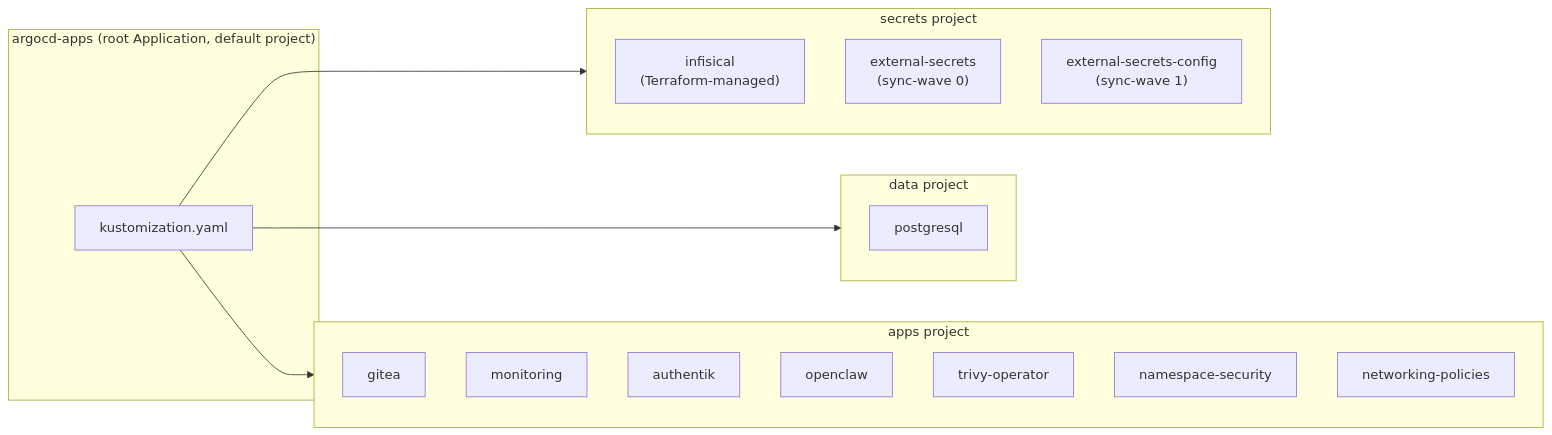
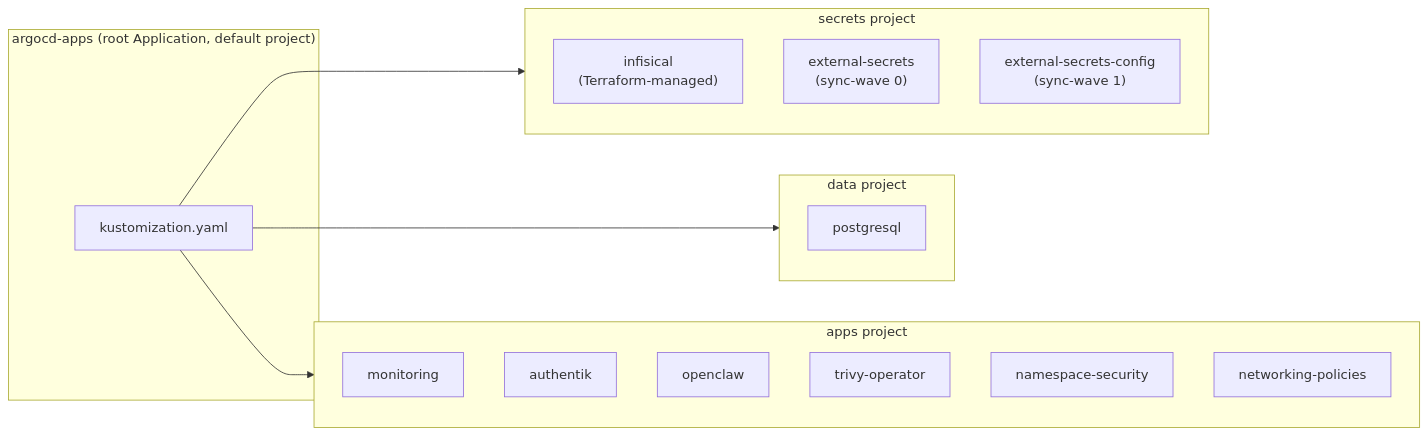
The second of 2 diagrams in k8s/apps/argocd/README.md (haingth77/homelab), drawn with Mermaid before and after one commit. The commit also changed other lines of this file and 11 other files, not shown here.

````diff
--- a/k8s/apps/argocd/README.md
+++ b/k8s/apps/argocd/README.md
@@ -72,30 +68,29 @@
 ```mermaid
 flowchart LR
     subgraph root["argocd-apps (root Application, default project)"]
         Kustomize["kustomization.yaml"]
     end
 
     subgraph secretsProj["secrets project"]
         Infisical["infisical\n(Terraform-managed)"]
         A1["external-secrets\n(sync-wave 0)"]
         A2["external-secrets-config\n(sync-wave 1)"]
     end
 
     subgraph dataProj["data project"]
         A3["postgresql"]
     end
 
     subgraph appsProj["apps project"]
-        A4["gitea"]
         A5["monitoring"]
         A6["authentik"]
         A7["openclaw"]
         A8["trivy-operator"]
         A9["namespace-security"]
         A10["networking-policies"]
     end
 
     Kustomize --> secretsProj
     Kustomize --> dataProj
     Kustomize --> appsProj
 ```
````
